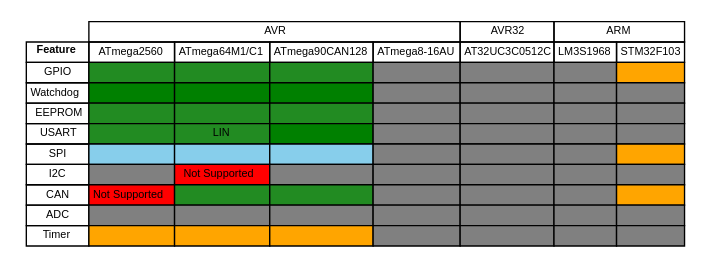
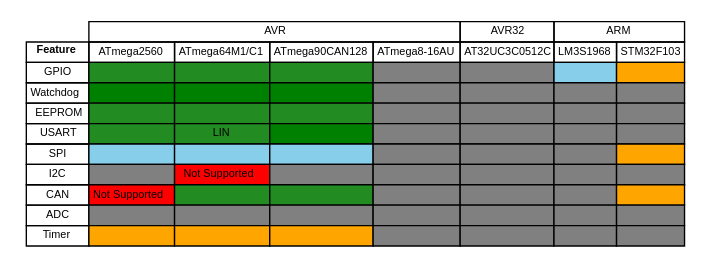
Before and after one commit to Aeronavics/ValleyForge: the diagram in doc/zim-valleyforge/HAL/img/support-table.dot, drawn with Graphviz. The commit also changed 4 other files, not shown here.

```diff
--- a/doc/zim-valleyforge/HAL/img/support-table.dot
+++ b/doc/zim-valleyforge/HAL/img/support-table.dot
@@ -1,123 +1,123 @@
 digraph structs {
 node [shape=plaintext]
 struct1 [label=<
 <FONT POINT-SIZE="8" FACE="sans-serif">
 <TABLE BORDER="0" CELLBORDER="1" CELLSPACING="0" CELLPADDING="2">
 
 <!-- Implemented and Tested: 	green -->
 <!-- Implemented: 		forestgreen -->
 <!-- Work-in-progress: 		orange -->
 <!-- Started: 			skyblue -->
 <!-- Not yet started: 		gray -->
 <!-- Not supported: 		red -->
 
 
 <tr><td color="white"></td>
 	<td colspan="4">AVR</td>
 	<td colspan="1">AVR32</td>
 	<td colspan="2">ARM</td>
 </tr>
 
 <tr><td><b>Feature</b></td>
 	<td>ATmega2560</td>
 	<td>ATmega64M1/C1</td>
 	<td>ATmega90CAN128</td>
 	<td>ATmega8-16AU</td>
 	<td>AT32UC3C0512C</td>
 	<td>LM3S1968</td>
 	<td>STM32F103</td>
 </tr>
 
 <tr><td>GPIO</td>
 	<td bgcolor="forestgreen"></td>
 	<td bgcolor="forestgreen"></td>
 	<td bgcolor="forestgreen"></td>
 	<td bgcolor="gray"></td>
 	<td bgcolor="gray"></td>
-	<td bgcolor="gray"></td>
+	<td bgcolor="skyblue"></td>
 	<td bgcolor="orange"></td>
 </tr>
 
 <tr><td>Watchdog</td>
 	<td bgcolor="green"></td>
 	<td bgcolor="green"></td>
 	<td bgcolor="green"></td>
 	<td bgcolor="gray"></td>
 	<td bgcolor="gray"></td>
 	<td bgcolor="gray"></td>
 	<td bgcolor="gray"></td>
 </tr>
 
 <tr><td>EEPROM</td>
 	<td bgcolor="forestgreen"></td>
 	<td bgcolor="forestgreen"></td>
 	<td bgcolor="forestgreen"></td>
 	<td bgcolor="gray"></td>
 	<td bgcolor="gray"></td>
 	<td bgcolor="gray"></td>
 	<td bgcolor="gray"></td>
 </tr>
 
 <tr><td>USART</td>
 	<td bgcolor="forestgreen"></td>
 	<td bgcolor="forestgreen">LIN</td>
 	<td bgcolor="green"></td>
 	<td bgcolor="gray"></td>
 	<td bgcolor="gray"></td>
 	<td bgcolor="gray"></td>
 	<td bgcolor="gray"></td>
 </tr>
 
 <tr><td>SPI</td>
 	<td bgcolor="skyblue"></td>
 	<td bgcolor="skyblue"></td>
 	<td bgcolor="skyblue"></td>
 	<td bgcolor="gray"></td>
 	<td bgcolor="gray"></td>
 	<td bgcolor="gray"></td>
 	<td bgcolor="orange"></td>
 </tr>
 
 <tr><td>I2C</td>
 	<td bgcolor="gray"></td>
 	<td bgcolor="red">Not Supported</td>
 	<td bgcolor="gray"></td>
 	<td bgcolor="gray"></td>
 	<td bgcolor="gray"></td>
 	<td bgcolor="gray"></td>
 	<td bgcolor="gray"></td>
 </tr>
 
 <tr><td>CAN</td>
 	<td bgcolor="red">Not Supported</td>
 	<td bgcolor="forestgreen"></td>
 	<td bgcolor="forestgreen"></td>
 	<td bgcolor="gray"></td>
 	<td bgcolor="gray"></td>
 	<td bgcolor="gray"></td>
 	<td bgcolor="orange"></td>
 </tr>
 
 <tr><td>ADC</td>
 	<td bgcolor="gray"></td>
 	<td bgcolor="gray"></td>
 	<td bgcolor="gray"></td>
 	<td bgcolor="gray"></td>
 	<td bgcolor="gray"></td>
 	<td bgcolor="gray"></td>
 	<td bgcolor="gray"></td>
 </tr>
 
 <tr><td>Timer</td>
 	<td bgcolor="orange"></td>
 	<td bgcolor="orange"></td>
 	<td bgcolor="orange"></td>
 	<td bgcolor="gray"></td>
 	<td bgcolor="gray"></td>
 	<td bgcolor="gray"></td>
 	<td bgcolor="gray"></td>
 </tr>
 
 </TABLE></FONT>
 >];
 }
```
